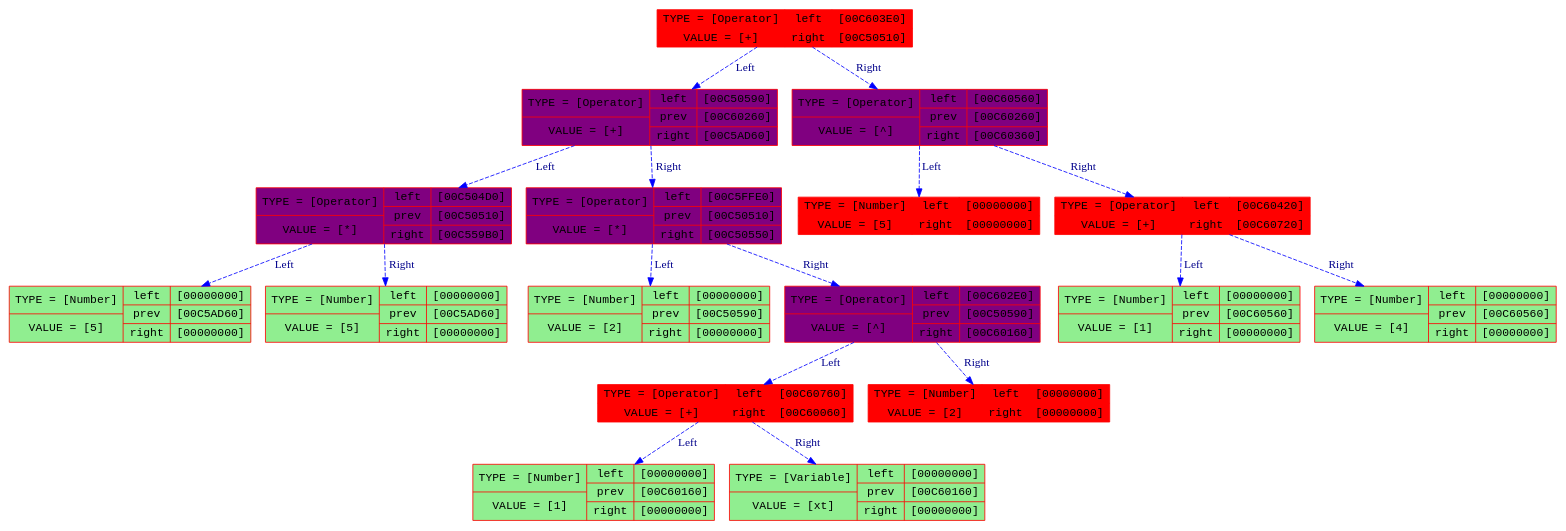
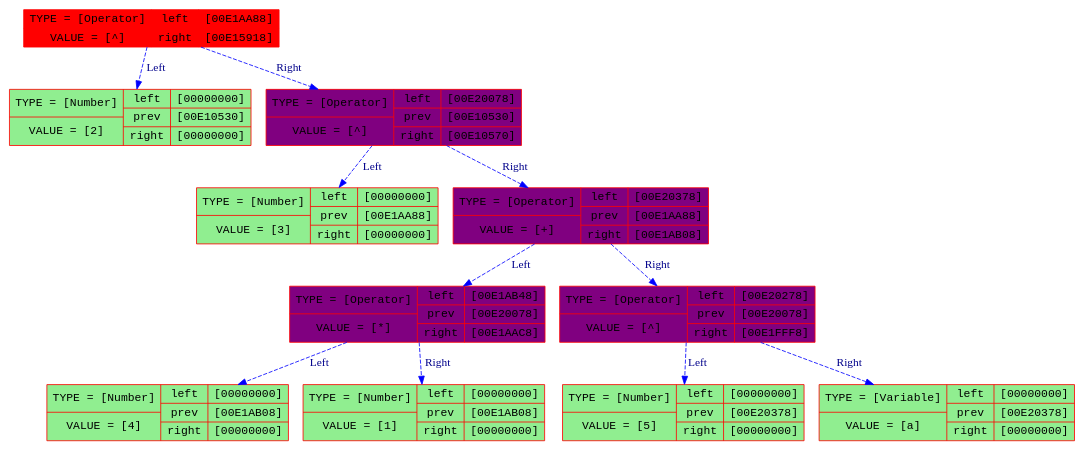
The diagram in exe and txt-files/dump.dot (Hollbrok/Differentiator), drawn with Graphviz before and after one commit. The commit also changed 4 other files, not shown here.

```diff
--- a/exe and txt-files/dump.dot
+++ b/exe and txt-files/dump.dot
@@ -1,37 +1,25 @@
 digraph differenciator {
 node [color = Red, fontname = Courier, style = filled, shape=record, fillcolor = purple]
 edge [color = Blue, style=dashed]
-"00C559B0" [label = "{<f0> TYPE = [Number] | VALUE = [5]}| {<f1> left| <here> prev| right}| {<f2> [00000000]| [00C5AD60]| [00000000]}",style = filled, fillcolor = lightgreen] 
-"00C5AD60" -> "00C559B0" [label="Left", fontcolor=darkblue]
-"00C504D0" [label = "{<f0> TYPE = [Number] | VALUE = [5]}| {<f1> left| <here> prev| right}| {<f2> [00000000]| [00C5AD60]| [00000000]}",style = filled, fillcolor = lightgreen] 
-"00C5AD60" -> "00C504D0" [label="Right", fontcolor=darkblue]
-"00C5AD60" [label = "{<f0> TYPE = [Operator] | VALUE = [*]}| {<f1> left| <here> prev| right}| {<f2> [00C504D0]| [00C50510]| [00C559B0]}",style = filled, fillcolor = purple] 
-"00C50510" -> "00C5AD60" [label="Left", fontcolor=darkblue]
-"00C50550" [label = "{<f0> TYPE = [Number] | VALUE = [2]}| {<f1> left| <here> prev| right}| {<f2> [00000000]| [00C50590]| [00000000]}",style = filled, fillcolor = lightgreen] 
-"00C50590" -> "00C50550" [label="Left", fontcolor=darkblue]
-"00C60060" [label = "{<f0> TYPE = [Number] | VALUE = [1]}| {<f1> left| <here> prev| right}| {<f2> [00000000]| [00C60160]| [00000000]}",style = filled, fillcolor = lightgreen] 
-"00C60160" -> "00C60060" [label="Left", fontcolor=darkblue]
-"00C60760" [label = "{<f0> TYPE = [Variable] | VALUE = [xt]}| {<f1> left| <here> prev| right}| {<f2> [00000000]| [00C60160]| [00000000]}",style = filled, fillcolor = lightgreen] 
-"00C60160" -> "00C60760" [label="Right", fontcolor=darkblue]
-"00C60160" [label = "{<f0> TYPE = [Operator] | VALUE = [+]}| {<f1> left| right}| {<f2> [00C60760]| [00C60060]}",style = filled, fillcolor = red] 
-"00C5FFE0" -> "00C60160" [label="Left", fontcolor=darkblue]
-"00C602E0" [label = "{<f0> TYPE = [Number] | VALUE = [2]}| {<f1> left| right}| {<f2> [00000000]| [00000000]}",style = filled, fillcolor = red] 
-"00C5FFE0" -> "00C602E0" [label="Right", fontcolor=darkblue]
-"00C5FFE0" [label = "{<f0> TYPE = [Operator] | VALUE = [^]}| {<f1> left| <here> prev| right}| {<f2> [00C602E0]| [00C50590]| [00C60160]}",style = filled, fillcolor = purple] 
-"00C50590" -> "00C5FFE0" [label="Right", fontcolor=darkblue]
-"00C50590" [label = "{<f0> TYPE = [Operator] | VALUE = [*]}| {<f1> left| <here> prev| right}| {<f2> [00C5FFE0]| [00C50510]| [00C50550]}",style = filled, fillcolor = purple] 
-"00C50510" -> "00C50590" [label="Right", fontcolor=darkblue]
-"00C50510" [label = "{<f0> TYPE = [Operator] | VALUE = [+]}| {<f1> left| <here> prev| right}| {<f2> [00C50590]| [00C60260]| [00C5AD60]}",style = filled, fillcolor = purple] 
-"00C60260" -> "00C50510" [label="Left", fontcolor=darkblue]
-"00C60360" [label = "{<f0> TYPE = [Number] | VALUE = [5]}| {<f1> left| right}| {<f2> [00000000]| [00000000]}",style = filled, fillcolor = red] 
-"00C603E0" -> "00C60360" [label="Left", fontcolor=darkblue]
-"00C60720" [label = "{<f0> TYPE = [Number] | VALUE = [1]}| {<f1> left| <here> prev| right}| {<f2> [00000000]| [00C60560]| [00000000]}",style = filled, fillcolor = lightgreen] 
-"00C60560" -> "00C60720" [label="Left", fontcolor=darkblue]
-"00C60420" [label = "{<f0> TYPE = [Number] | VALUE = [4]}| {<f1> left| <here> prev| right}| {<f2> [00000000]| [00C60560]| [00000000]}",style = filled, fillcolor = lightgreen] 
-"00C60560" -> "00C60420" [label="Right", fontcolor=darkblue]
-"00C60560" [label = "{<f0> TYPE = [Operator] | VALUE = [+]}| {<f1> left| right}| {<f2> [00C60420]| [00C60720]}",style = filled, fillcolor = red] 
-"00C603E0" -> "00C60560" [label="Right", fontcolor=darkblue]
-"00C603E0" [label = "{<f0> TYPE = [Operator] | VALUE = [^]}| {<f1> left| <here> prev| right}| {<f2> [00C60560]| [00C60260]| [00C60360]}",style = filled, fillcolor = purple] 
-"00C60260" -> "00C603E0" [label="Right", fontcolor=darkblue]
-"00C60260" [label = "{<f0> TYPE = [Operator] | VALUE = [+]}| {<f1> left| right}| {<f2> [00C603E0]| [00C50510]}",style = filled, fillcolor = red] 
+"00E15918" [label = "{<f0> TYPE = [Number] | VALUE = [2]}| {<f1> left| <here> prev| right}| {<f2> [00000000]| [00E10530]| [00000000]}",style = filled, fillcolor = lightgreen] 
+"00E10530" -> "00E15918" [label="Left", fontcolor=darkblue]
+"00E10570" [label = "{<f0> TYPE = [Number] | VALUE = [3]}| {<f1> left| <here> prev| right}| {<f2> [00000000]| [00E1AA88]| [00000000]}",style = filled, fillcolor = lightgreen] 
+"00E1AA88" -> "00E10570" [label="Left", fontcolor=darkblue]
+"00E1AAC8" [label = "{<f0> TYPE = [Number] | VALUE = [4]}| {<f1> left| <here> prev| right}| {<f2> [00000000]| [00E1AB08]| [00000000]}",style = filled, fillcolor = lightgreen] 
+"00E1AB08" -> "00E1AAC8" [label="Left", fontcolor=darkblue]
+"00E1AB48" [label = "{<f0> TYPE = [Number] | VALUE = [1]}| {<f1> left| <here> prev| right}| {<f2> [00000000]| [00E1AB08]| [00000000]}",style = filled, fillcolor = lightgreen] 
+"00E1AB08" -> "00E1AB48" [label="Right", fontcolor=darkblue]
+"00E1AB08" [label = "{<f0> TYPE = [Operator] | VALUE = [*]}| {<f1> left| <here> prev| right}| {<f2> [00E1AB48]| [00E20078]| [00E1AAC8]}",style = filled, fillcolor = purple] 
+"00E20078" -> "00E1AB08" [label="Left", fontcolor=darkblue]
+"00E1FFF8" [label = "{<f0> TYPE = [Number] | VALUE = [5]}| {<f1> left| <here> prev| right}| {<f2> [00000000]| [00E20378]| [00000000]}",style = filled, fillcolor = lightgreen] 
+"00E20378" -> "00E1FFF8" [label="Left", fontcolor=darkblue]
+"00E20278" [label = "{<f0> TYPE = [Variable] | VALUE = [a]}| {<f1> left| <here> prev| right}| {<f2> [00000000]| [00E20378]| [00000000]}",style = filled, fillcolor = lightgreen] 
+"00E20378" -> "00E20278" [label="Right", fontcolor=darkblue]
+"00E20378" [label = "{<f0> TYPE = [Operator] | VALUE = [^]}| {<f1> left| <here> prev| right}| {<f2> [00E20278]| [00E20078]| [00E1FFF8]}",style = filled, fillcolor = purple] 
+"00E20078" -> "00E20378" [label="Right", fontcolor=darkblue]
+"00E20078" [label = "{<f0> TYPE = [Operator] | VALUE = [+]}| {<f1> left| <here> prev| right}| {<f2> [00E20378]| [00E1AA88]| [00E1AB08]}",style = filled, fillcolor = purple] 
+"00E1AA88" -> "00E20078" [label="Right", fontcolor=darkblue]
+"00E1AA88" [label = "{<f0> TYPE = [Operator] | VALUE = [^]}| {<f1> left| <here> prev| right}| {<f2> [00E20078]| [00E10530]| [00E10570]}",style = filled, fillcolor = purple] 
+"00E10530" -> "00E1AA88" [label="Right", fontcolor=darkblue]
+"00E10530" [label = "{<f0> TYPE = [Operator] | VALUE = [^]}| {<f1> left| right}| {<f2> [00E1AA88]| [00E15918]}",style = filled, fillcolor = red] 
 }
```
